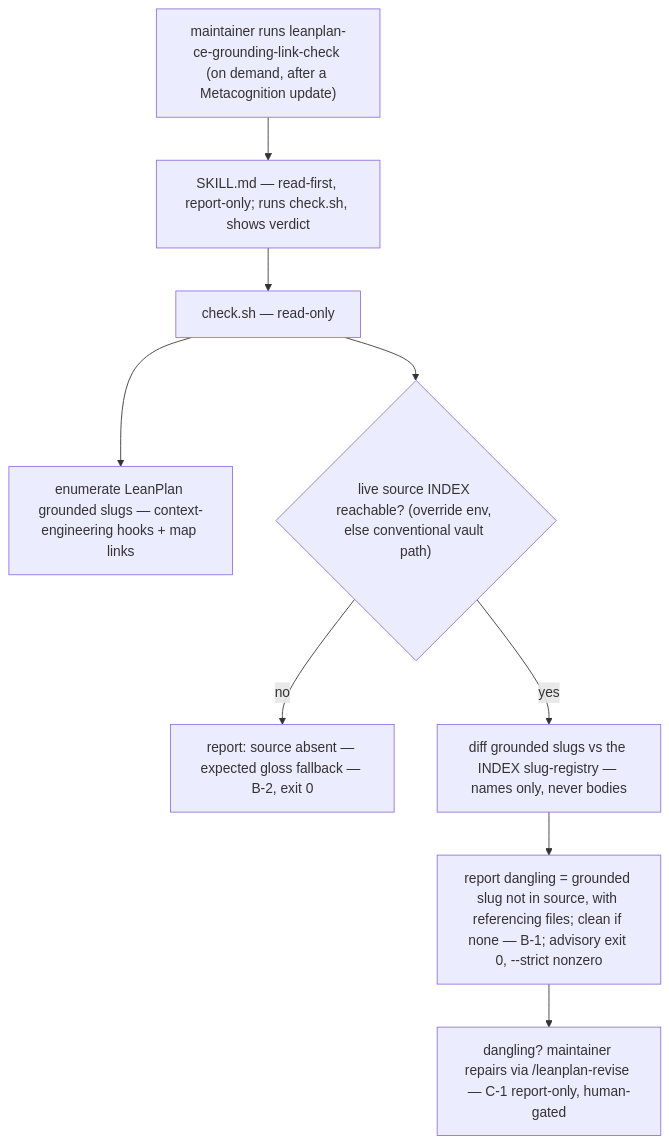
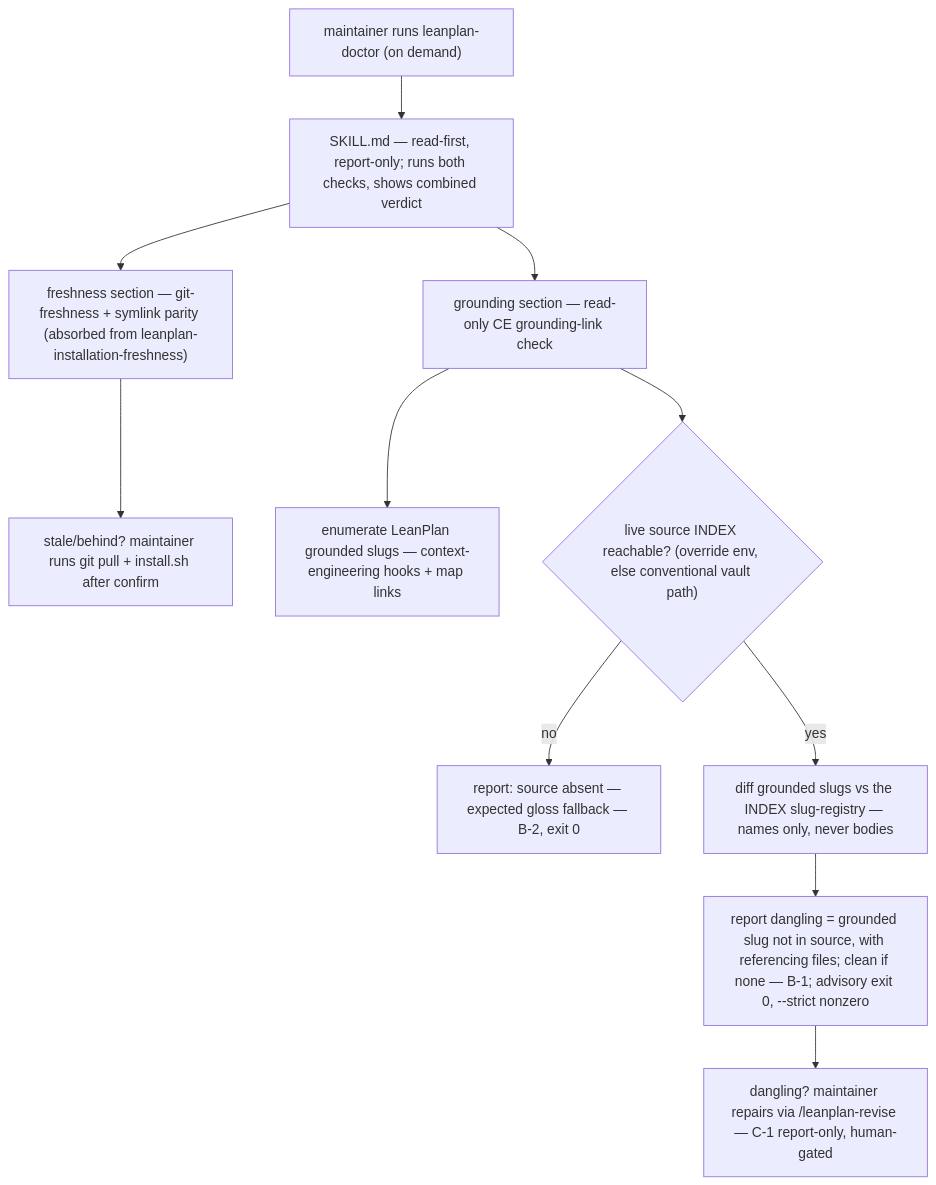
Before and after one commit to mynghn/leanplan: the diagram in docs/features/260626-ce-grounding-link-check/design.md, drawn with Mermaid. The commit also changed other lines of this file and 3 other files, not shown here.

First line of the commit message:
docs(ce-grounding-link-check): revise — package as leanplan-doctor, absorb freshness

````diff
--- a/docs/features/260626-ce-grounding-link-check/design.md
+++ b/docs/features/260626-ce-grounding-link-check/design.md
@@ -5,12 +5,14 @@
 ```mermaid
 flowchart TD
-    RUN["maintainer runs leanplan-ce-grounding-link-check (on demand, after a Metacognition update)"]
-    RUN --> SKILL["SKILL.md — read-first, report-only; runs check.sh, shows verdict"]
-    SKILL --> CHECK["check.sh — read-only"]
+    RUN["maintainer runs leanplan-doctor (on demand)"]
+    RUN --> SKILL["SKILL.md — read-first, report-only; runs both checks, shows combined verdict"]
+    SKILL --> FRESH["freshness section — git-freshness + symlink parity (absorbed from leanplan-installation-freshness)"]
+    SKILL --> CHECK["grounding section — read-only CE grounding-link check"]
+    FRESH --> FFIX["stale/behind? maintainer runs git pull + install.sh after confirm"]
     CHECK --> ENUM["enumerate LeanPlan grounded slugs — context-engineering hooks + map links"]
     CHECK --> REACH{"live source INDEX reachable? (override env, else conventional vault path)"}
     REACH -->|no| ABSENT["report: source absent — expected gloss fallback — B-2, exit 0"]
     REACH -->|yes| DIFF["diff grounded slugs vs the INDEX slug-registry — names only, never bodies"]
     DIFF --> REPORT["report dangling = grounded slug not in source, with referencing files; clean if none — B-1; advisory exit 0, --strict nonzero"]
     REPORT --> FIX["dangling? maintainer repairs via /leanplan-revise — C-1 report-only, human-gated"]
 ```
````
